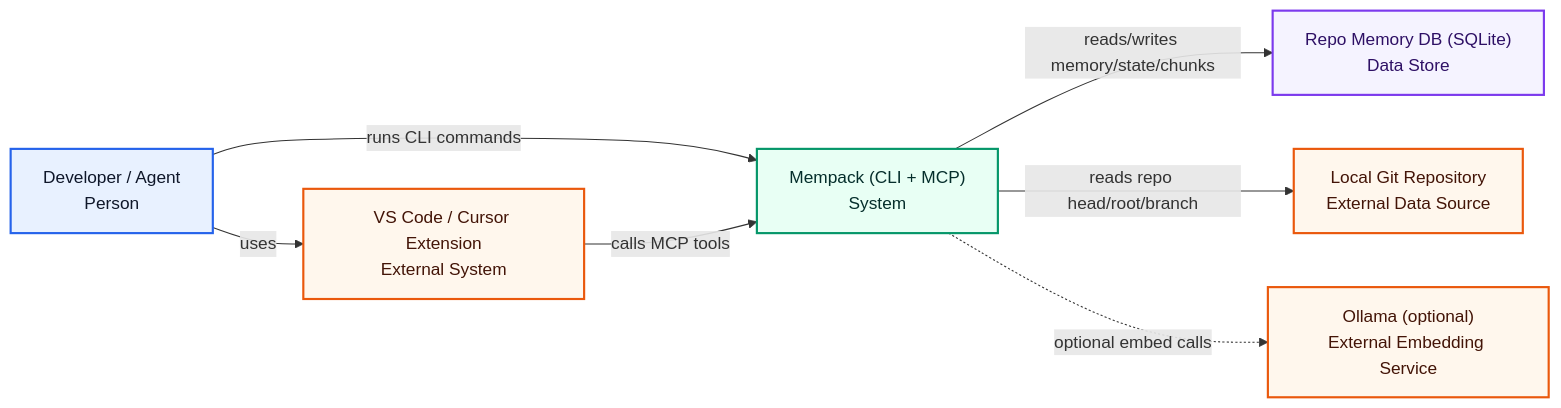
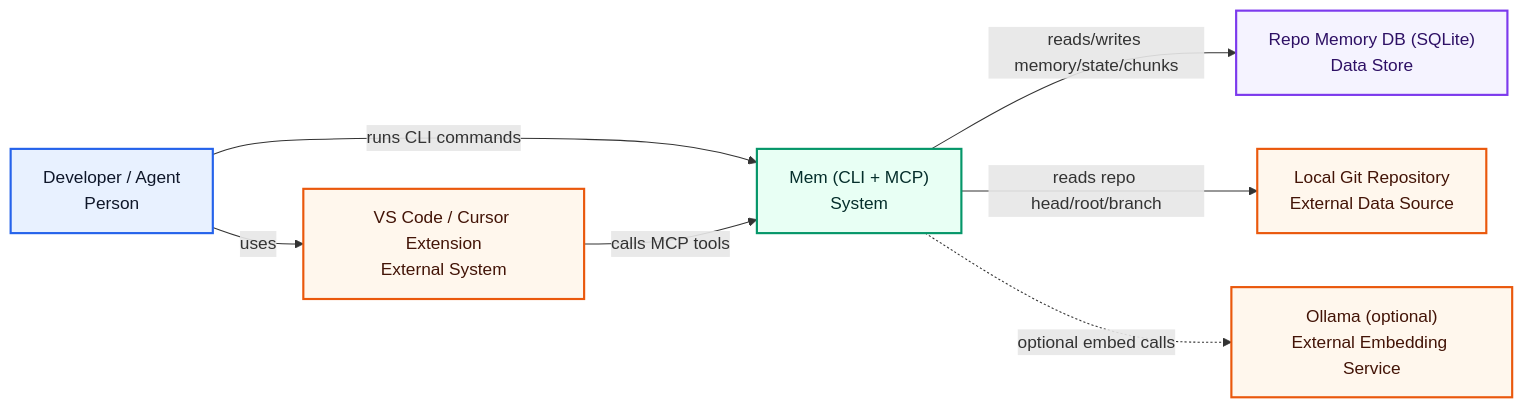
Before and after one commit to suju297/mem: the diagram in docs/diagrams/src/l1-system-context.mmd, drawn with Mermaid. The commit also changed 50 other files, not shown here.

Commit message:
rename user-facing mempack surfaces to mem with compat aliases

```diff
--- a/docs/diagrams/src/l1-system-context.mmd
+++ b/docs/diagrams/src/l1-system-context.mmd
@@ -1,19 +1,19 @@
 flowchart LR
   classDef person fill:#E8F1FF,stroke:#2563EB,stroke-width:2px,color:#0F172A
   classDef system fill:#E8FFF4,stroke:#059669,stroke-width:2px,color:#052E2B
   classDef external fill:#FFF7ED,stroke:#EA580C,stroke-width:2px,color:#431407
   classDef data fill:#F5F3FF,stroke:#7C3AED,stroke-width:2px,color:#2E1065
 
   U["Developer / Agent<br/>Person"]:::person
   X["VS Code / Cursor Extension<br/>External System"]:::external
-  M["Mempack (CLI + MCP)<br/>System"]:::system
+  M["Mem (CLI + MCP)<br/>System"]:::system
   G["Local Git Repository<br/>External Data Source"]:::external
   D["Repo Memory DB (SQLite)<br/>Data Store"]:::data
   O["Ollama (optional)<br/>External Embedding Service"]:::external
 
   U -->|"uses"| X
   U -->|"runs CLI commands"| M
   X -->|"calls MCP tools"| M
   M -->|"reads/writes memory/state/chunks"| D
   M -->|"reads repo head/root/branch"| G
   M -.->|"optional embed calls"| O
```
